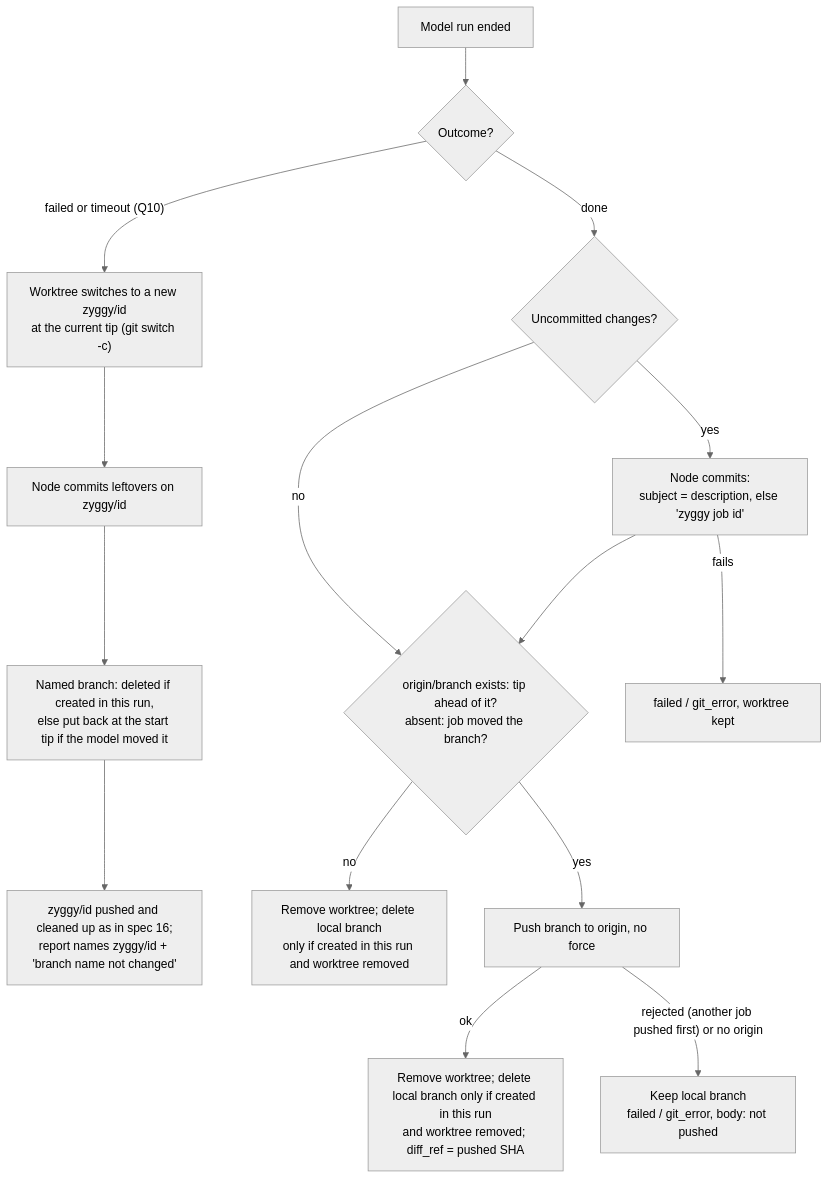
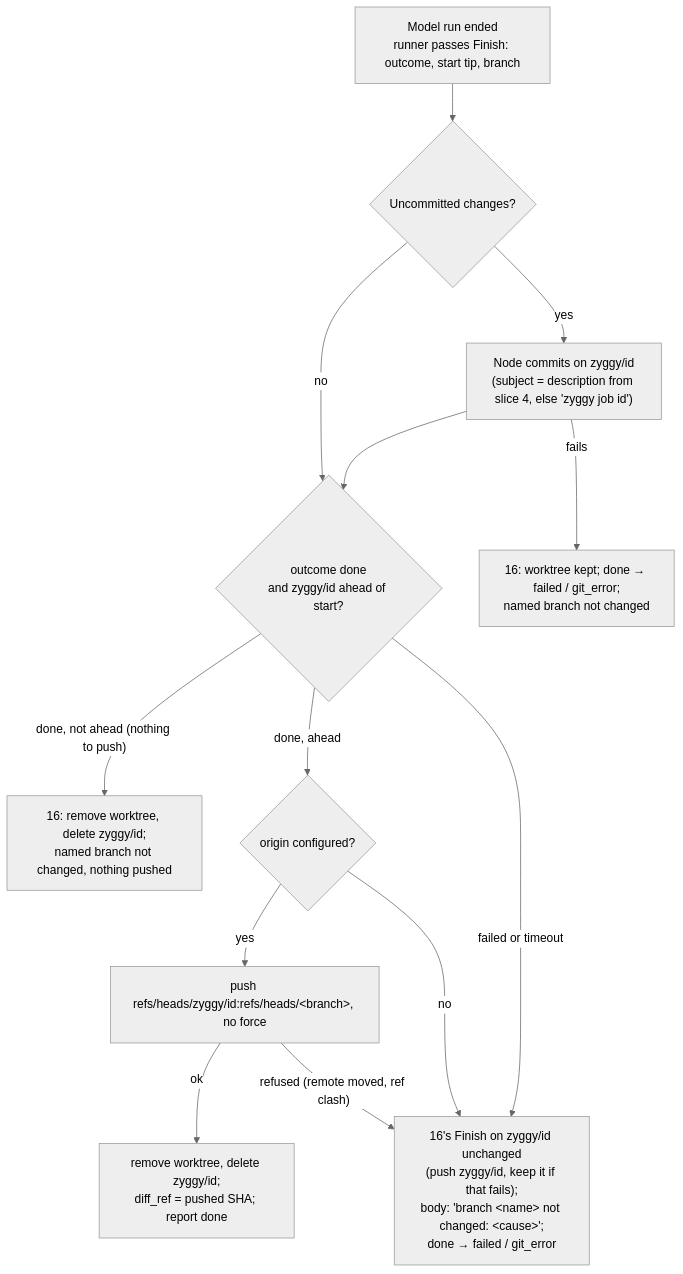
One commit to zyggy-org/zyggy changed the fourth of 5 diagrams in _specs/53-job-branch-name.md. Above: the diagram before and after it, drawn with Mermaid (neutral theme). The commit also changed other lines of this file, not shown here.

Commit message:
zyggy job 01M7N170DQGWZ3K4GNZR2N5KK7

````diff
--- a/_specs/53-job-branch-name.md
+++ b/_specs/53-job-branch-name.md
@@ -136,17 +136,15 @@
 ```mermaid
 flowchart TD
-  run[Model run ended] --> outcome{Outcome?}
-  outcome -- "failed or timeout (Q10)" --> sw["Worktree switches to a new zyggy/id<br/>at the current tip (git switch -c)"]
-  sw --> fcommit["Node commits leftovers on zyggy/id"]
-  fcommit --> back["Named branch: deleted if created in this run,<br/>else put back at the start tip if the model moved it"]
-  back --> f16["zyggy/id pushed and cleaned up as in spec 16;<br/>report names zyggy/id + 'branch name not changed'"]
-  outcome -- done --> left{Uncommitted changes?}
-  left -- yes --> commit["Node commits:<br/>subject = description, else 'zyggy job id'"]
+  run["Model run ended<br/>runner passes Finish: outcome, start tip, branch"] --> left{Uncommitted changes?}
+  left -- yes --> commit["Node commits on zyggy/id<br/>(subject = description from slice 4, else 'zyggy job id')"]
   left -- no --> tip
-  commit -- fails --> keepwt["failed / git_error, worktree kept"]
-  commit --> tip{"origin/branch exists: tip ahead of it?<br/>absent: job moved the branch?"}
-  tip -- no --> clean["Remove worktree; delete local branch<br/>only if created in this run and worktree removed"]
-  tip -- yes --> push["Push branch to origin, no force"]
-  push -- ok --> ok["Remove worktree; delete local branch only if created in this run<br/>and worktree removed; diff_ref = pushed SHA"]
-  push -- rejected (another job pushed first) or no origin --> kept["Keep local branch<br/>failed / git_error, body: not pushed"]
+  commit -- fails --> keepwt["16: worktree kept; done → failed / git_error;<br/>named branch not changed"]
+  commit --> tip{"outcome done<br/>and zyggy/id ahead of start?"}
+  tip -- "done, not ahead (nothing to push)" --> clean["16: remove worktree, delete zyggy/id;<br/>named branch not changed, nothing pushed"]
+  tip -- "done, ahead" --> origin{origin configured?}
+  origin -- yes --> push["push refs/heads/zyggy/id:refs/heads/&lt;branch&gt;, no force"]
+  push -- ok --> ok["remove worktree, delete zyggy/id;<br/>diff_ref = pushed SHA; report done"]
+  push -- "refused (remote moved, ref clash)" --> f16
+  origin -- no --> f16
+  tip -- "failed or timeout" --> f16["16's Finish on zyggy/id unchanged<br/>(push zyggy/id, keep it if that fails);<br/>body: 'branch &lt;name&gt; not changed: &lt;cause&gt;';<br/>done → failed / git_error"]
 ```
````
